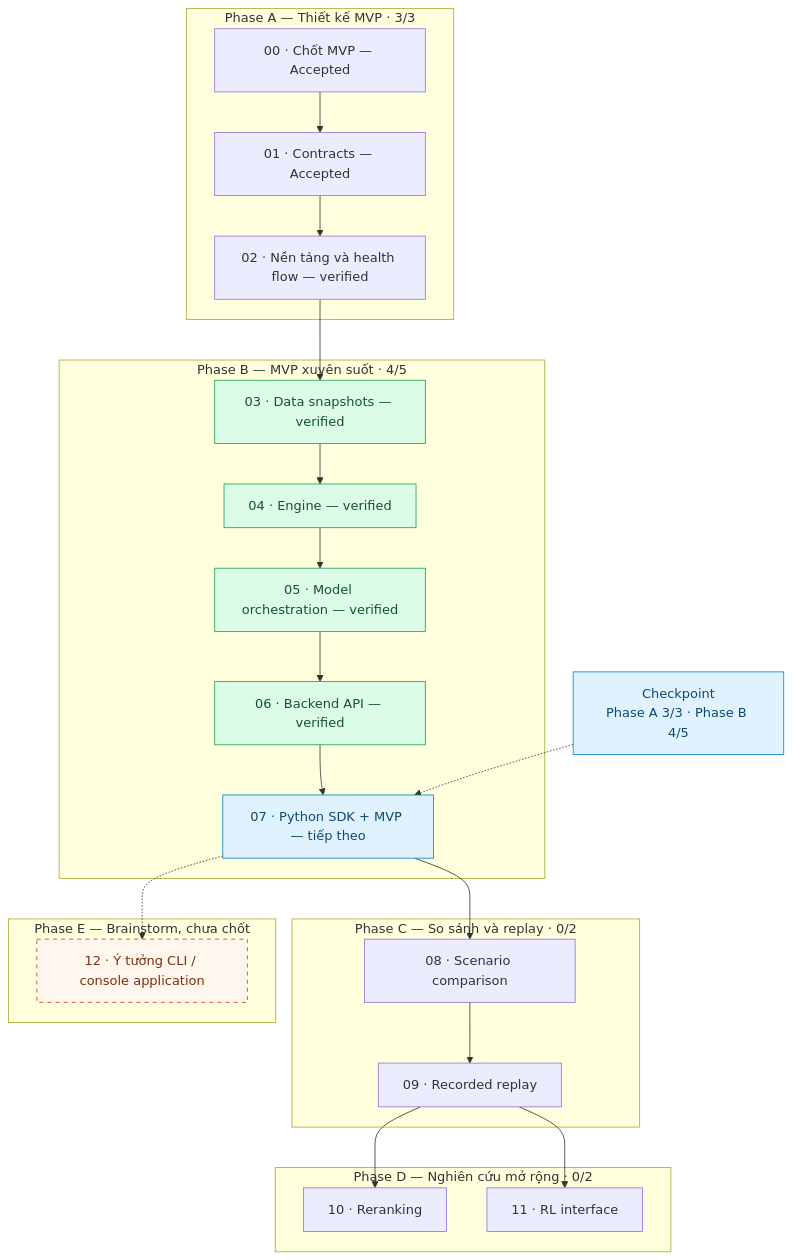
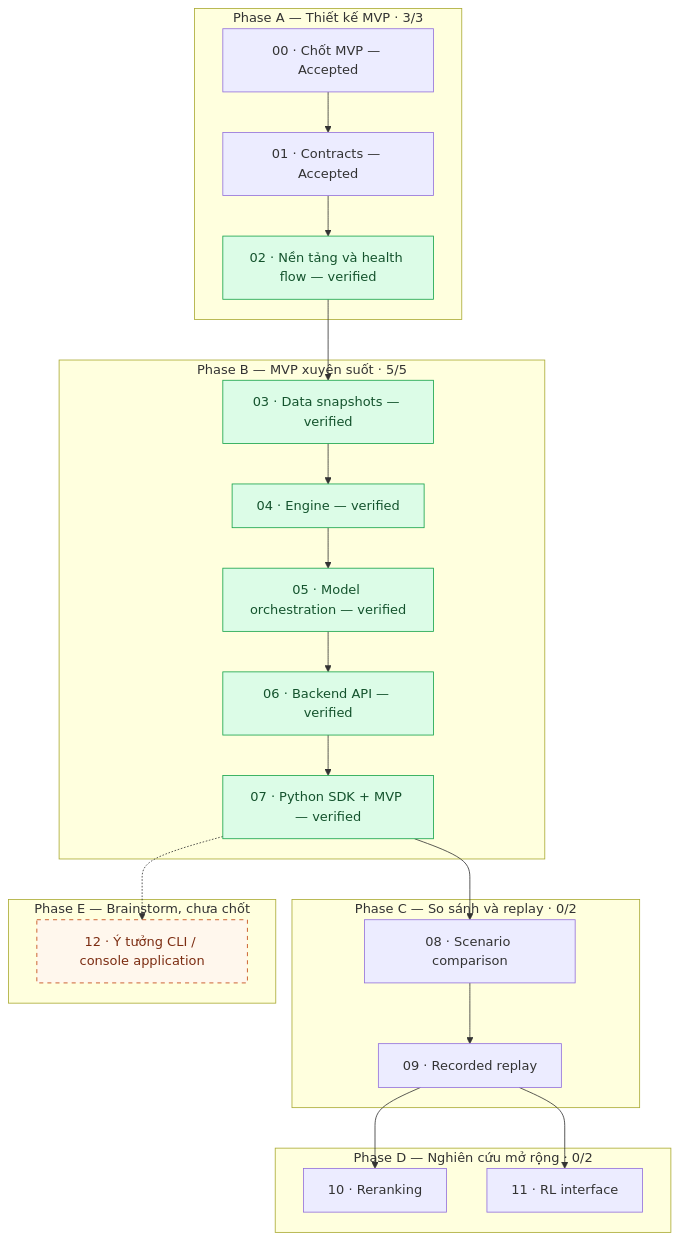
The diagram in plan/implementation/README.md (ryantr-statinops/factorsbt), drawn with Mermaid before and after one commit. The commit also changed other lines of this file and 15 other files, not shown here.

Commit message:
docs(plan): close Phase B MVP verification

````diff
--- a/plan/implementation/README.md
+++ b/plan/implementation/README.md
@@ -48,44 +48,38 @@
 ```mermaid
 flowchart TD
-    NOW["Checkpoint<br/>Phase A 3/3 · Phase B 4/5"]
-
     subgraph A["Phase A — Thiết kế MVP · 3/3"]
         A0["00 · Chốt MVP — Accepted"] --> A1["01 · Contracts — Accepted"]
         A1 --> A2["02 · Nền tảng và health flow — verified"]
     end
 
-    subgraph B["Phase B — MVP xuyên suốt · 4/5"]
+    subgraph B["Phase B — MVP xuyên suốt · 5/5"]
         B0["03 · Data snapshots — verified"] --> B1["04 · Engine — verified"]
         B1 --> B2["05 · Model orchestration — verified"]
         B2 --> B3["06 · Backend API — verified"]
-        B3 --> B4["07 · Python SDK + MVP — tiếp theo"]
+        B3 --> B4["07 · Python SDK + MVP — verified"]
     end
 
     subgraph C["Phase C — So sánh và replay · 0/2"]
         C0["08 · Scenario comparison"] --> C1["09 · Recorded replay"]
     end
 
     subgraph D["Phase D — Nghiên cứu mở rộng · 0/2"]
         D0["10 · Reranking"]
         D1["11 · RL interface"]
     end
 
     subgraph E["Phase E — Brainstorm, chưa chốt"]
         E0["12 · Ý tưởng CLI / console application"]
     end
 
     A2 --> B0
-    NOW -.-> B4
     B4 --> C0
     C1 --> D0
     C1 --> D1
     B4 -.-> E0
 
-    classDef current fill:#e0f2fe,stroke:#0284c7,color:#0c4a6e
     classDef implemented fill:#dcfce7,stroke:#16a34a,color:#14532d
     classDef idea fill:#fff7ed,stroke:#c2410c,color:#7c2d12,stroke-dasharray:5 5
-    class NOW current
-    class B0,B1,B2,B3 implemented
-    class B4 current
+    class A2,B0,B1,B2,B3,B4 implemented
     class E0 idea
 ```
````
